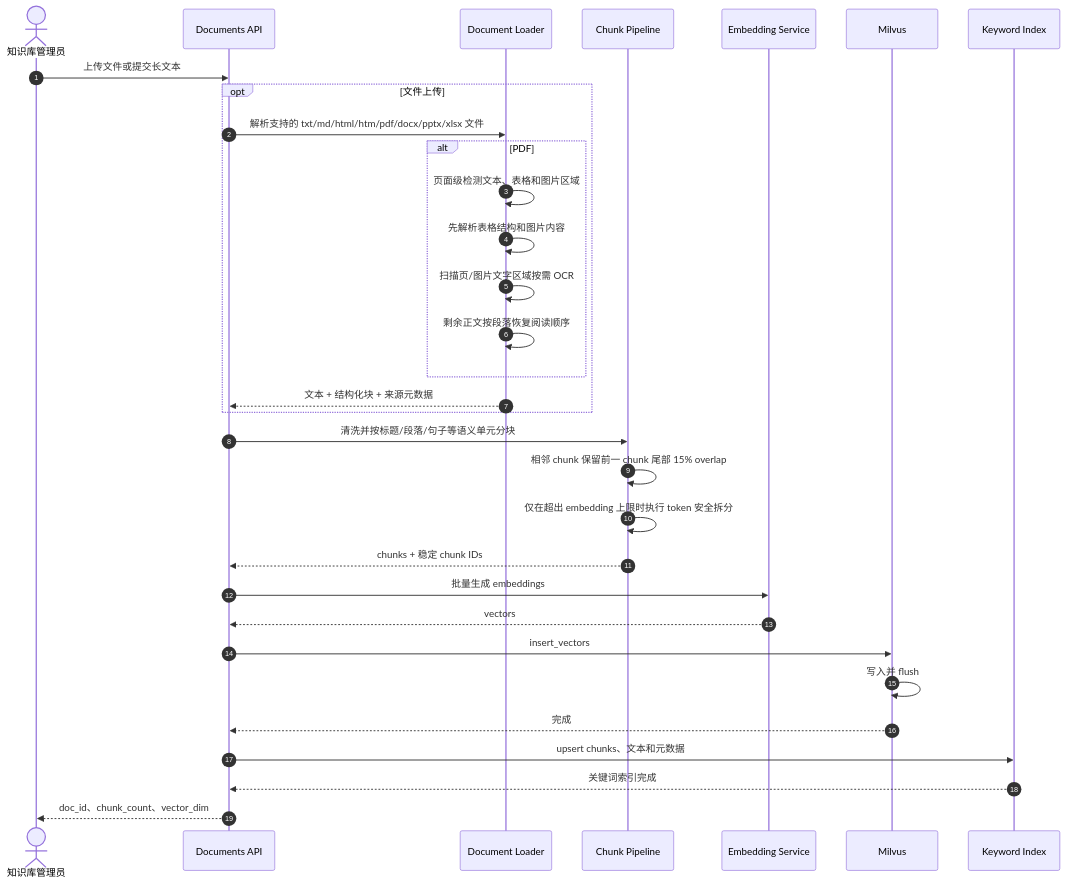
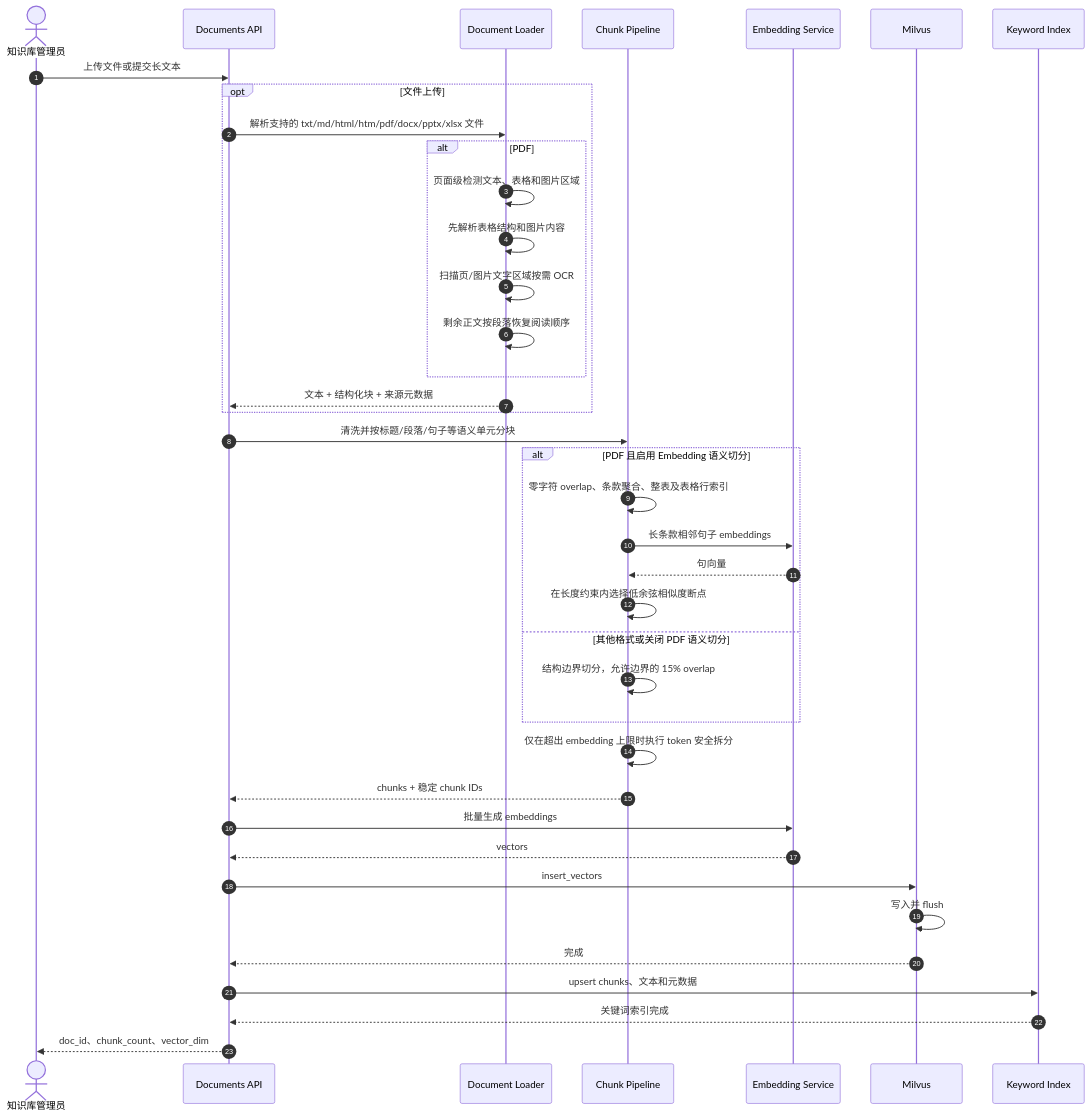
Before and after one commit to wangyang-777/Multi-Agent-Business-Travel-Assistant-System: the sixth of 12 diagrams in docs/overall-design.md, drawn with Mermaid. The commit also changed other lines of this file, not shown here.

````diff
--- a/docs/overall-design.md
+++ b/docs/overall-design.md
@@ -432,35 +464,42 @@
 ```mermaid
 sequenceDiagram
     autonumber
     actor Admin as 知识库管理员
     participant API as Documents API
     participant Loader as Document Loader
     participant ETL as Chunk Pipeline
     participant Embed as Embedding Service
     participant Milvus as Milvus
     participant Keyword as Keyword Index
 
     Admin->>API: 上传文件或提交长文本
     opt 文件上传
         API->>Loader: 解析支持的 txt/md/html/htm/pdf/docx/pptx/xlsx 文件
         alt PDF
             Loader->>Loader: 页面级检测文本、表格和图片区域
             Loader->>Loader: 先解析表格结构和图片内容
             Loader->>Loader: 扫描页/图片文字区域按需 OCR
             Loader->>Loader: 剩余正文按段落恢复阅读顺序
         end
         Loader-->>API: 文本 + 结构化块 + 来源元数据
     end
     API->>ETL: 清洗并按标题/段落/句子等语义单元分块
-    ETL->>ETL: 相邻 chunk 保留前一 chunk 尾部 15% overlap
+    alt PDF 且启用 Embedding 语义切分
+        ETL->>ETL: 零字符 overlap、条款聚合、整表及表格行索引
+        ETL->>Embed: 长条款相邻句子 embeddings
+        Embed-->>ETL: 句向量
+        ETL->>ETL: 在长度约束内选择低余弦相似度断点
+    else 其他格式或关闭 PDF 语义切分
+        ETL->>ETL: 结构边界切分，允许边界的 15% overlap
+    end
     ETL->>ETL: 仅在超出 embedding 上限时执行 token 安全拆分
     ETL-->>API: chunks + 稳定 chunk IDs
     API->>Embed: 批量生成 embeddings
     Embed-->>API: vectors
     API->>Milvus: insert_vectors
     Milvus->>Milvus: 写入并 flush
     Milvus-->>API: 完成
     API->>Keyword: upsert chunks、文本和元数据
     Keyword-->>API: 关键词索引完成
     API-->>Admin: doc_id、chunk_count、vector_dim
 ```
````
